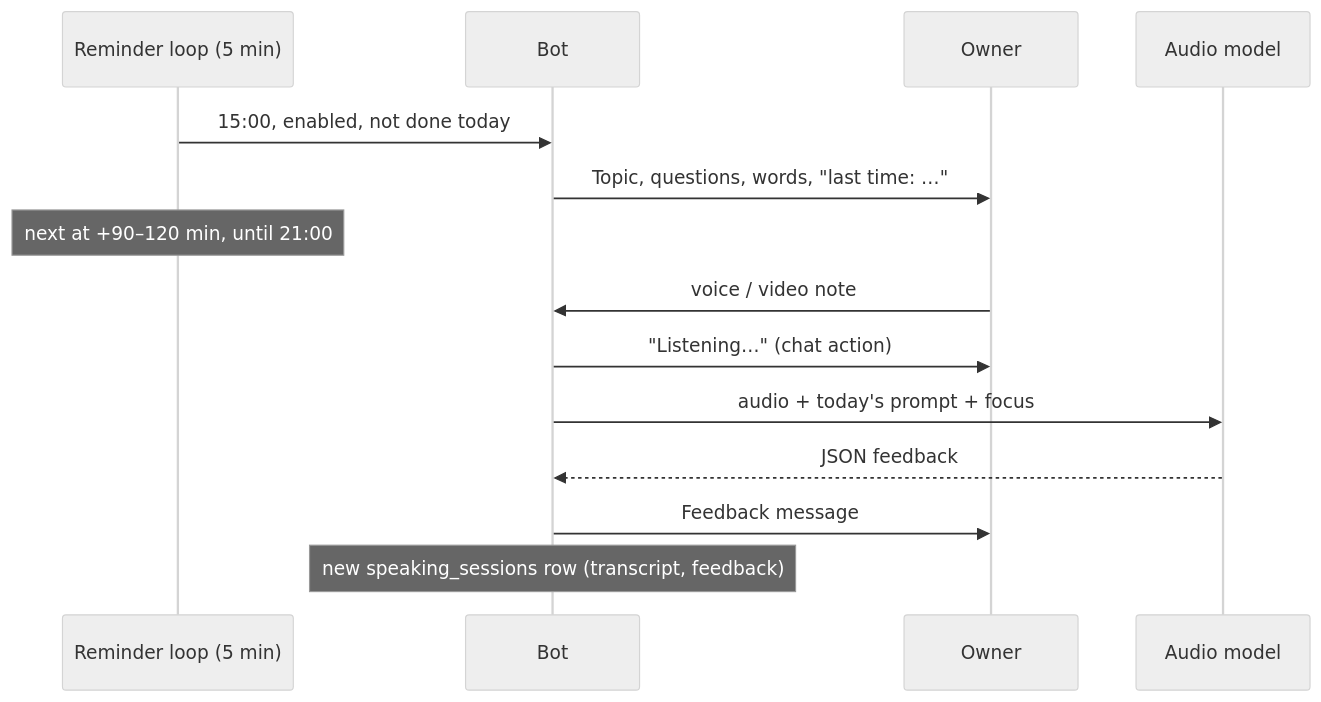
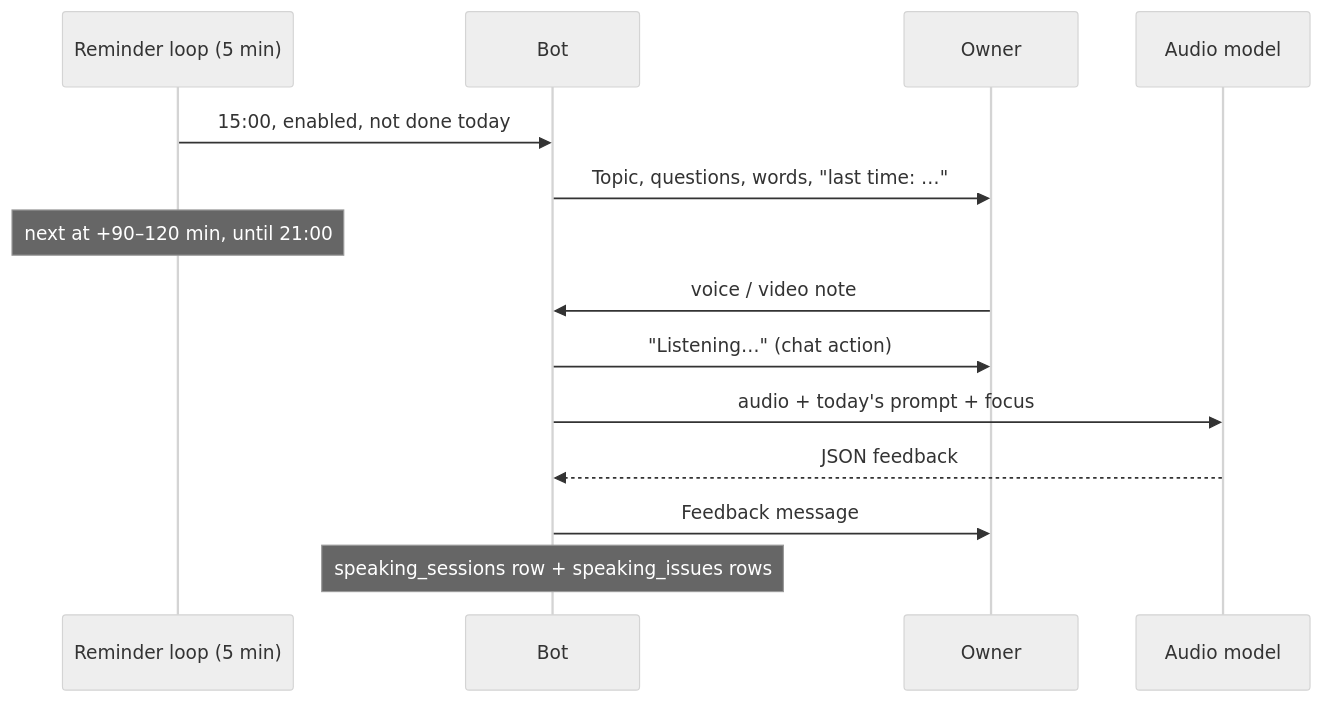
One commit to nikitaganin08/anki-vocab-bot changed the second of 2 diagrams in docs/superpowers/specs/2026-11-12-speaking-practice-design.md. Above: the diagram before and after it, drawn with Mermaid (neutral theme). The commit also changed other lines of this file, not shown here.

Commit message:
docs: speaking practice issues table, categories and focus check

````diff
--- a/docs/superpowers/specs/2026-11-12-speaking-practice-design.md
+++ b/docs/superpowers/specs/2026-11-12-speaking-practice-design.md
@@ -72,16 +119,16 @@
 ```mermaid
 sequenceDiagram
   participant L as Reminder loop (5 min)
   participant B as Bot
   participant U as Owner
   participant M as Audio model
   L->>B: 15:00, enabled, not done today
   B->>U: Topic, questions, words, "last time: …"
   Note over L: next at +90–120 min, until 21:00
   U->>B: voice / video note
   B->>U: "Listening…" (chat action)
   B->>M: audio + today's prompt + focus
   M-->>B: JSON feedback
   B->>U: Feedback message
-  Note over B: new speaking_sessions row (transcript, feedback)
+  Note over B: speaking_sessions row + speaking_issues rows
 ```
````
